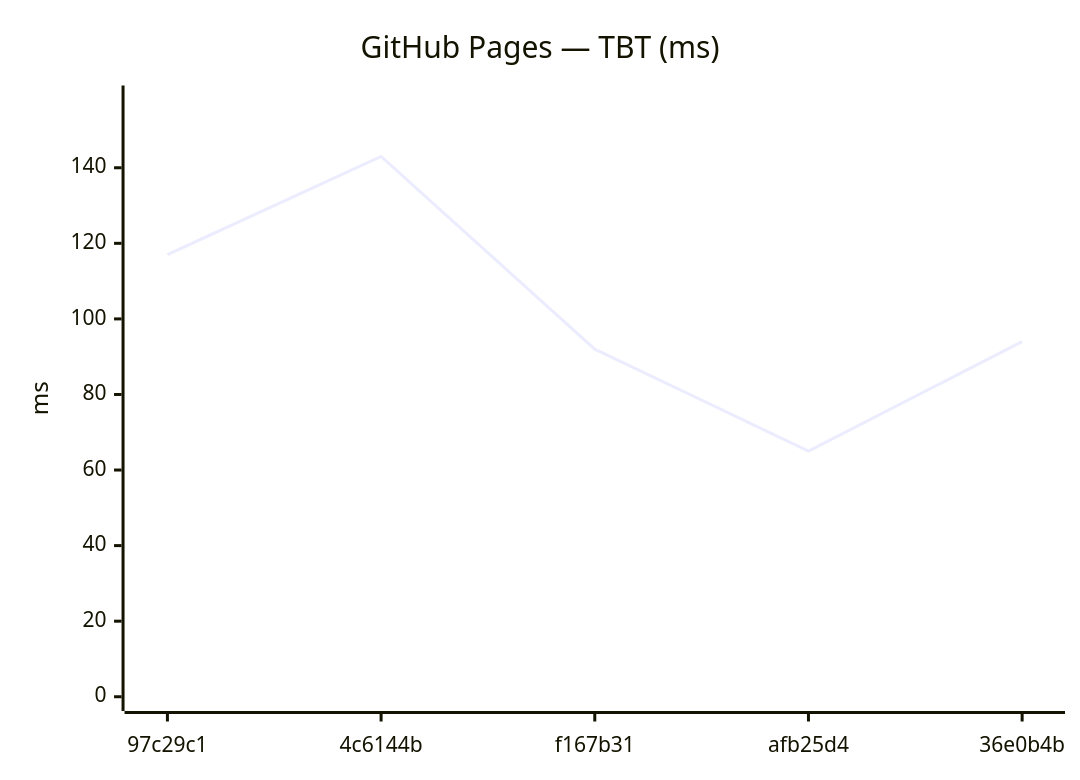
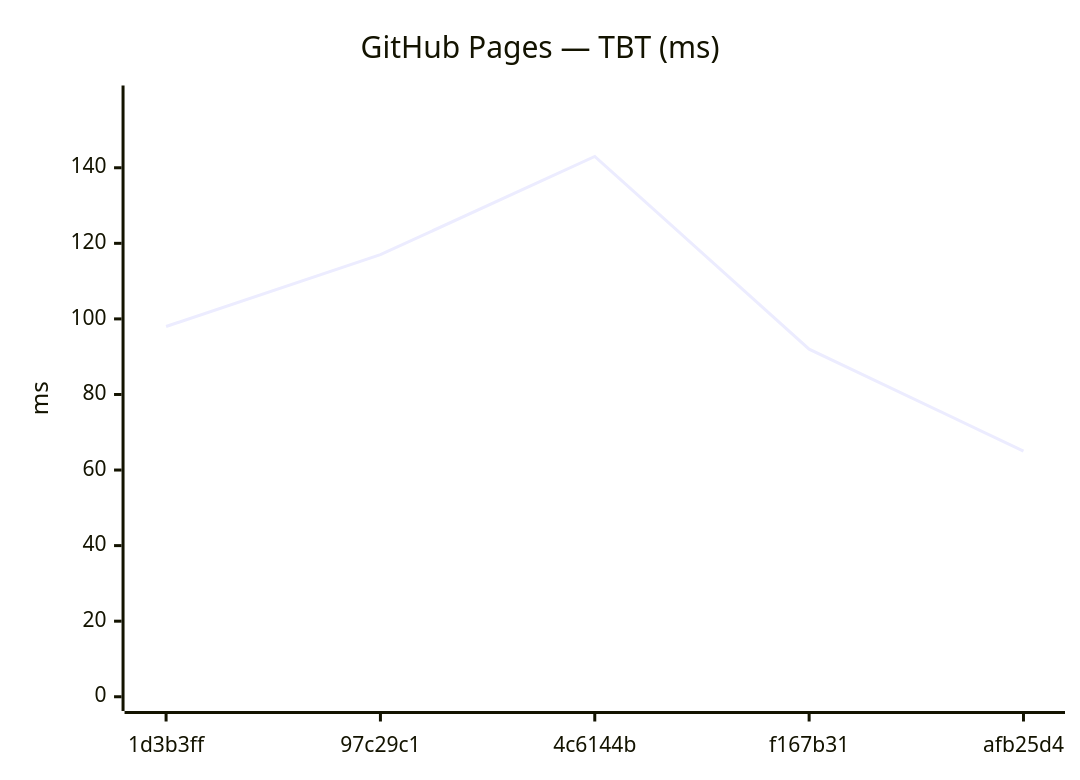
One commit to Metaheurist/Rianell changed the tenth of 18 diagrams in benchmarks/compare.md. Above: the diagram before and after it, drawn with Mermaid. The commit also changed other lines of this file and 11 other files, not shown here.

````diff
--- a/benchmarks/compare.md
+++ b/benchmarks/compare.md
@@ -149,7 +149,7 @@
 ```mermaid
 xychart-beta
     title "GitHub Pages — TBT (ms)"
-    x-axis ["97c29c1", "4c6144b", "f167b31", "afb25d4", "36e0b4b"]
+    x-axis ["1d3b3ff", "97c29c1", "4c6144b", "f167b31", "afb25d4"]
     y-axis "ms" 0 --> 158
-    line [117, 143, 92, 65, 94]
+    line [98, 117, 143, 92, 65]
 ```
````
